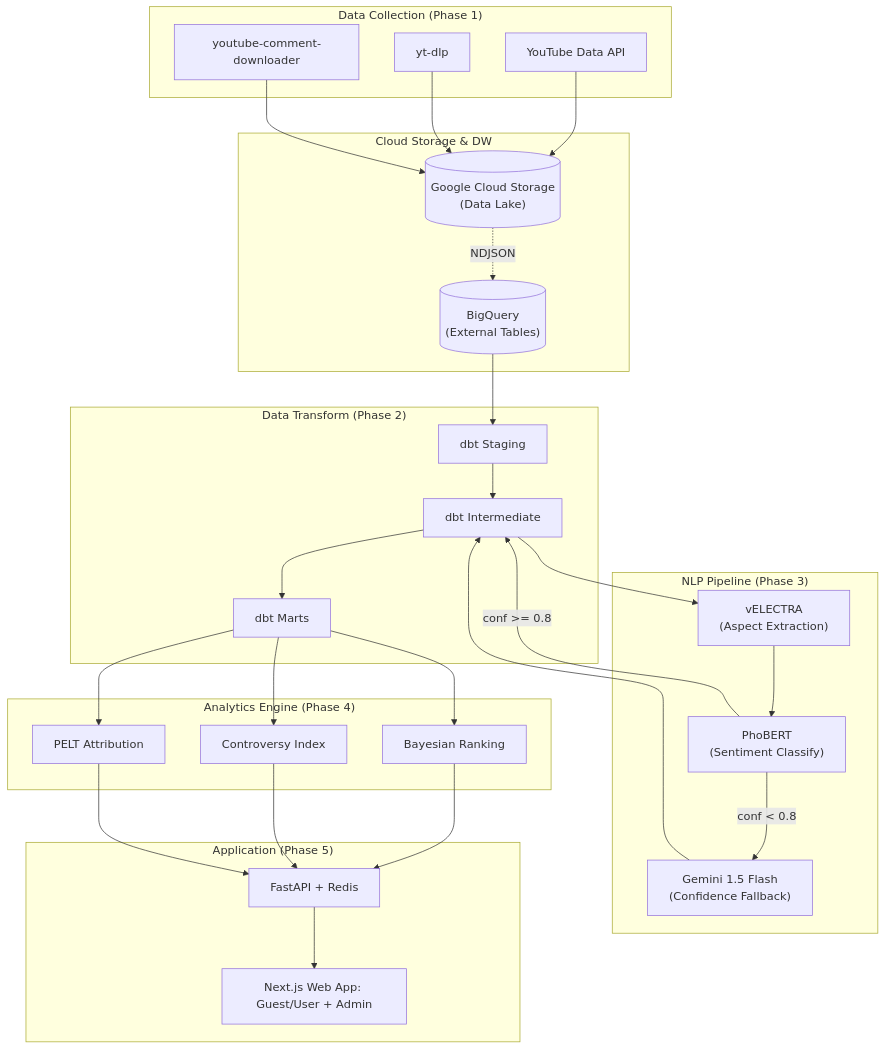
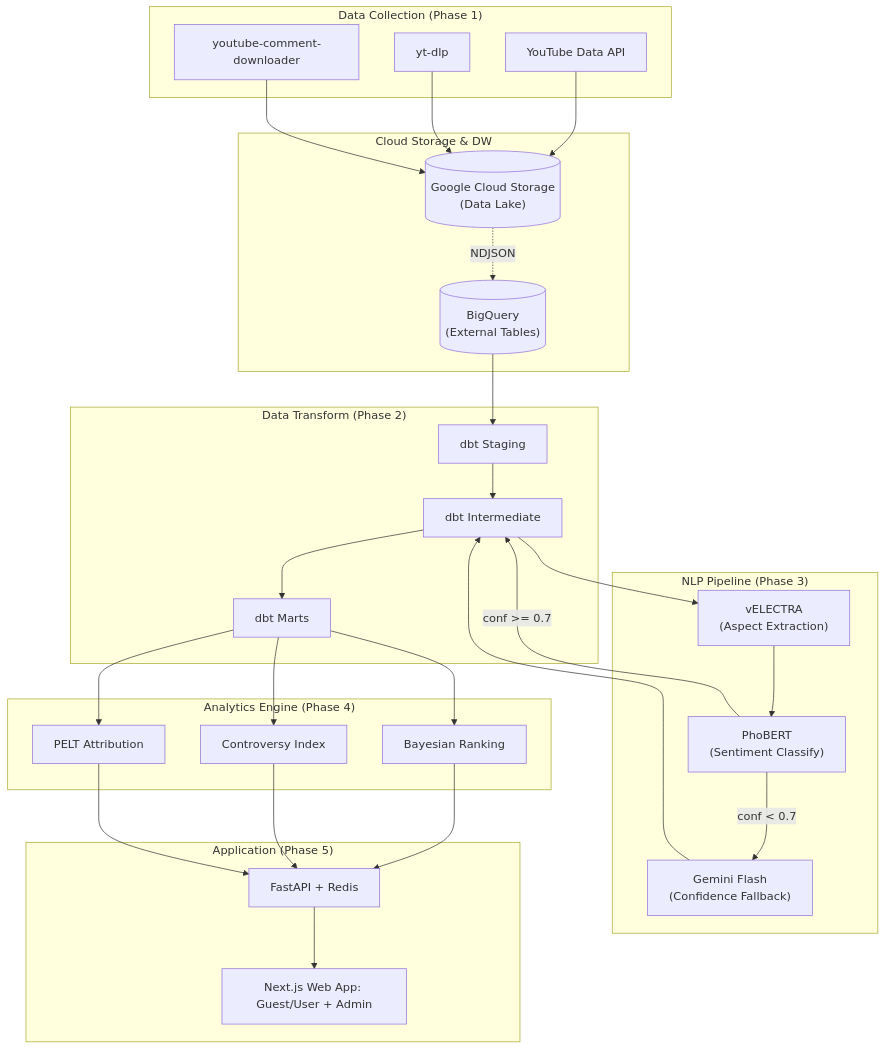
Before and after one commit to Kama-khoa/Social_media_sentiment_pipeline: the first of 3 diagrams in README.md, drawn with Mermaid. The commit also changed 10 other files, not shown here.

````diff
--- a/README.md
+++ b/README.md
@@ -22,56 +22,56 @@
 ```mermaid
 graph TD
     subgraph Data_Collection ["Data Collection (Phase 1)"]
         A1[YouTube Data API]
         A2[yt-dlp]
         A3[youtube-comment-downloader]
     end
 
     subgraph Storage ["Cloud Storage & DW"]
         B1[("Google Cloud Storage<br>(Data Lake)")]
         B2[("BigQuery<br>(External Tables)")]
     end
 
     subgraph Transformation ["Data Transform (Phase 2)"]
         C1[dbt Staging]
         C2[dbt Intermediate]
         C3[dbt Marts]
     end
 
     subgraph NLP ["NLP Pipeline (Phase 3)"]
         D1["vELECTRA<br>(Aspect Extraction)"]
         D2["PhoBERT<br>(Sentiment Classify)"]
-        D3["Gemini 1.5 Flash<br>(Confidence Fallback)"]
+        D3["Gemini Flash<br>(Confidence Fallback)"]
     end
 
     subgraph Analytics ["Analytics Engine (Phase 4)"]
         E1[Bayesian Ranking]
         E2[Controversy Index]
         E3[PELT Attribution]
     end
 
     subgraph Application ["Application (Phase 5)"]
         F1[FastAPI + Redis]
         F2[Next.js Web App: Guest/User + Admin]
     end
 
     A1 --> B1
     A2 --> B1
     A3 --> B1
     B1 -. "NDJSON" .-> B2
     B2 --> C1
     C1 --> C2
     C2 --> D1
     D1 --> D2
-    D2 -- "conf < 0.8" --> D3
-    D2 -- "conf >= 0.8" --> C2
+    D2 -- "conf < 0.7" --> D3
+    D2 -- "conf >= 0.7" --> C2
     D3 --> C2
     C2 --> C3
     C3 --> E1
     C3 --> E2
     C3 --> E3
     E1 --> F1
     E2 --> F1
     E3 --> F1
     F1 --> F2
 ```
````
